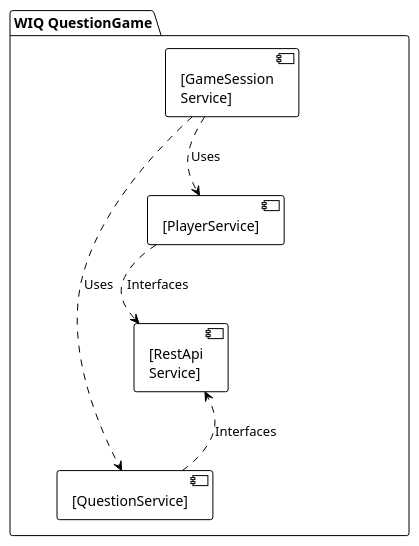
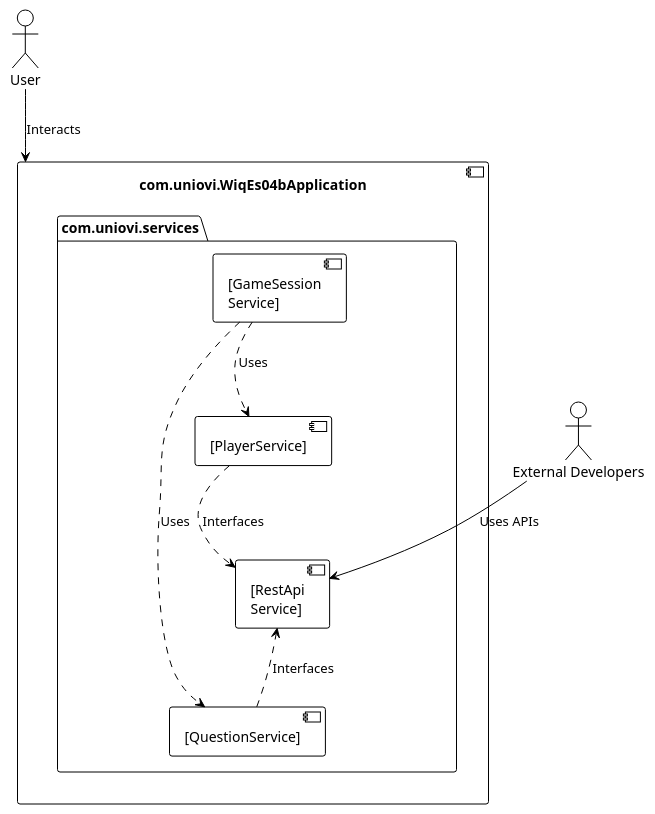
The second of 3 diagrams in docs/src/05_building_block_view.adoc (Arquisoft/wiq_es04b), drawn with PlantUML before and after one commit. The commit also changed other lines of this file and 1 other file, not shown here.

Commit message:
Update doc 5

```diff
--- a/docs/src/05_building_block_view.adoc
+++ b/docs/src/05_building_block_view.adoc
@@ -76,24 +73,30 @@
 [plantuml,"level2",png]
 ----
 @startuml
 !theme plain
 
-package "WIQ QuestionGame" {
-  component "[GameSession\nService]" as Logic
-  component "[PlayerService]" as UserMgmt
-  component "[QuestionService]" as QuestMgmt
-  component "[RestApi\nService]" as APIMgmt
+actor User
+actor "External Developers" as Dev
+component "com.uniovi.WiqEs04bApplication" {
+    package "com.uniovi.services" {
+      component "[GameSession\nService]" as Logic
+      component "[PlayerService]" as UserMgmt
+      component "[QuestionService]" as QuestMgmt
+      component "[RestApi\nService]" as APIMgmt
 
-  UserMgmt -[hidden]-> Logic : <<uses>>
-  QuestMgmt -[hidden]-> Logic : <<uses>>
-  APIMgmt -[hidden]-> UserMgmt : <<interfaces>>
-  APIMgmt -[hidden]-> QuestMgmt : <<interfaces>>
+      UserMgmt -[hidden]-> Logic : <<uses>>
+      QuestMgmt -[hidden]-> Logic : <<uses>>
+      APIMgmt -[hidden]-> UserMgmt : <<interfaces>>
+      APIMgmt -[hidden]-> QuestMgmt : <<interfaces>>
 
-  Logic ..> UserMgmt : Uses
-  Logic ..> QuestMgmt : Uses
-  UserMgmt ..> APIMgmt : Interfaces
-  QuestMgmt ..> APIMgmt : Interfaces
+      Logic ..> UserMgmt : Uses
+      Logic ..> QuestMgmt : Uses
+      UserMgmt ..> APIMgmt : Interfaces
+      QuestMgmt ..> APIMgmt : Interfaces
+    }
 }
 
+User --> [com.uniovi.WiqEs04bApplication] : Interacts
+Dev --> APIMgmt : Uses APIs
 @enduml
 ----
```
